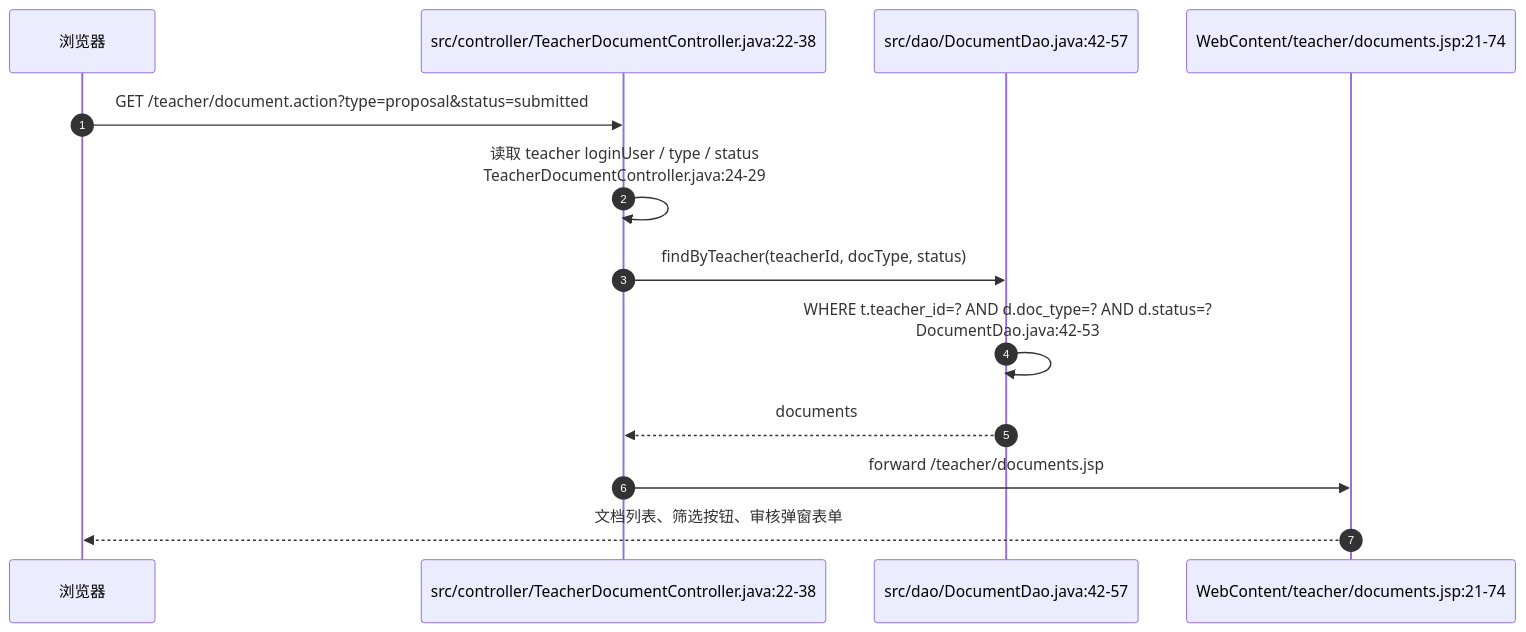
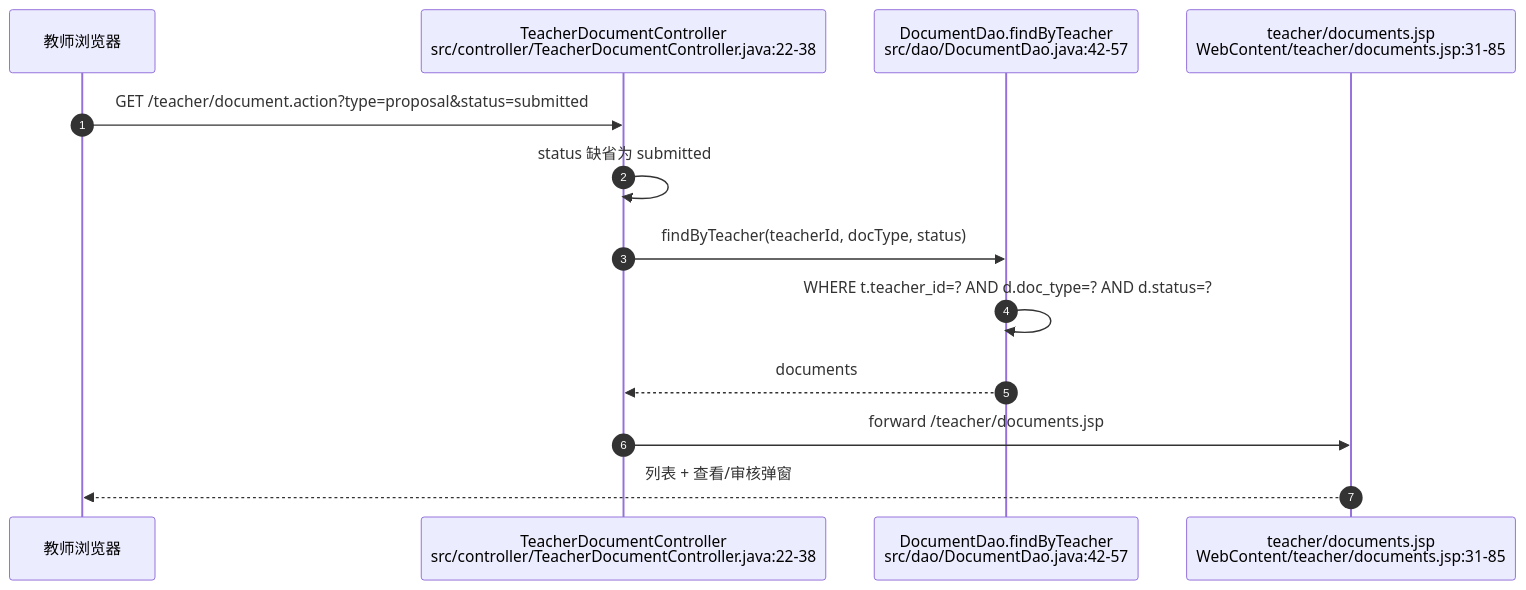
Before and after one commit to guangxiangdebizi/graduation-design-management-system: the fourth of 11 diagrams in docs/网络数据流详解/parts/03-document-upload-download.md, drawn with Mermaid. The commit also changed other lines of this file and 8 other files, not shown here.

First line of the commit message:
refactor project documentation and enhance network data flow details

````diff
--- a/docs/网络数据流详解/parts/03-document-upload-download.md
+++ b/docs/网络数据流详解/parts/03-document-upload-download.md
@@ -303,16 +225,16 @@
 ```mermaid
 sequenceDiagram
     autonumber
-    participant B as 浏览器
-    participant C as src/controller/TeacherDocumentController.java:22-38
-    participant DAO as src/dao/DocumentDao.java:42-57
-    participant JSP as WebContent/teacher/documents.jsp:21-74
+    participant B as 教师浏览器
+    participant C as TeacherDocumentController<br/>src/controller/TeacherDocumentController.java:22-38
+    participant DAO as DocumentDao.findByTeacher<br/>src/dao/DocumentDao.java:42-57
+    participant JSP as teacher/documents.jsp<br/>WebContent/teacher/documents.jsp:31-85
 
     B->>C: GET /teacher/document.action?type=proposal&status=submitted
-    C->>C: 读取 teacher loginUser / type / status<br/>TeacherDocumentController.java:24-29
+    C->>C: status 缺省为 submitted
     C->>DAO: findByTeacher(teacherId, docType, status)
-    DAO->>DAO: WHERE t.teacher_id=? AND d.doc_type=? AND d.status=?<br/>DocumentDao.java:42-53
+    DAO->>DAO: WHERE t.teacher_id=? AND d.doc_type=? AND d.status=?
     DAO-->>C: documents
     C->>JSP: forward /teacher/documents.jsp
-    JSP-->>B: 文档列表、筛选按钮、审核弹窗表单
+    JSP-->>B: 列表 + 查看/审核弹窗
 ```
````
